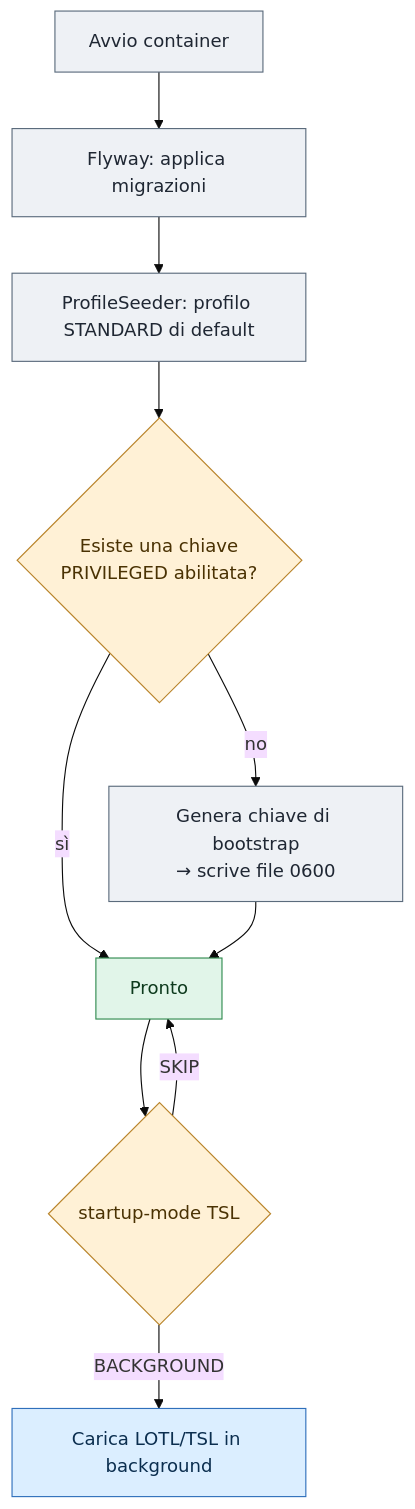
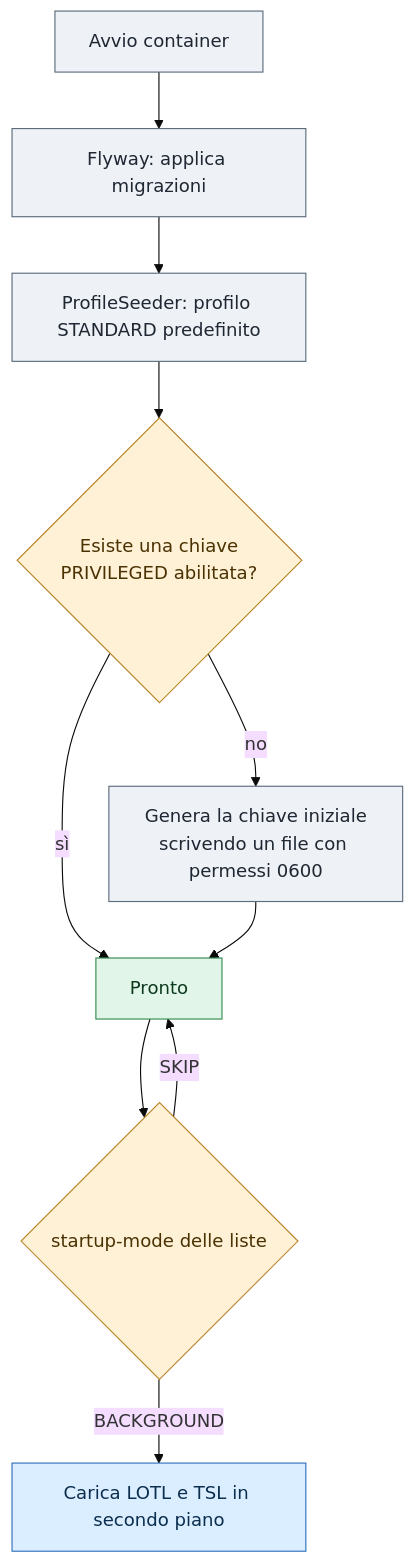
The third of 3 diagrams in docs/it/02-docker.md (toresoft/sign-verify), drawn with Mermaid (base theme) before and after one commit. The commit also changed other lines of this file and 14 other files, not shown here.

````diff
--- a/docs/it/02-docker.md
+++ b/docs/it/02-docker.md
@@ -193,21 +202,21 @@
 ```mermaid
 flowchart TD
     S[Avvio container] --> F[Flyway: applica migrazioni]
-    F --> P[ProfileSeeder: profilo STANDARD di default]
-    P --> B{Esiste una chiave\nPRIVILEGED abilitata?}
-    B -- no --> G[Genera chiave di bootstrap\n→ scrive file 0600]
+    F --> P["ProfileSeeder: profilo STANDARD predefinito"]
+    P --> B{"Esiste una chiave\nPRIVILEGED abilitata?"}
+    B -- no --> G["Genera la chiave iniziale\nscrivendo un file con permessi 0600"]
     B -- sì --> R[Pronto]
     G --> R
-    R --> T{startup-mode TSL}
-    T -- BACKGROUND --> TL[Carica LOTL/TSL in background]
+    R --> T{"startup-mode delle liste"}
+    T -- BACKGROUND --> TL["Carica LOTL e TSL in secondo piano"]
     T -- SKIP --> R
 
     classDef step fill:#eef1f5,stroke:#5b6b7c,color:#1f2733
     classDef decision fill:#fff1d6,stroke:#b9842a,color:#4a3203
     classDef ready fill:#e1f5e9,stroke:#2f8a4e,color:#0d3a1d
     classDef external fill:#dbeeff,stroke:#2f6fbb,color:#0b2e4f
     class S,F,P,G step
     class B,T decision
     class R ready
     class TL external
 ```
````
